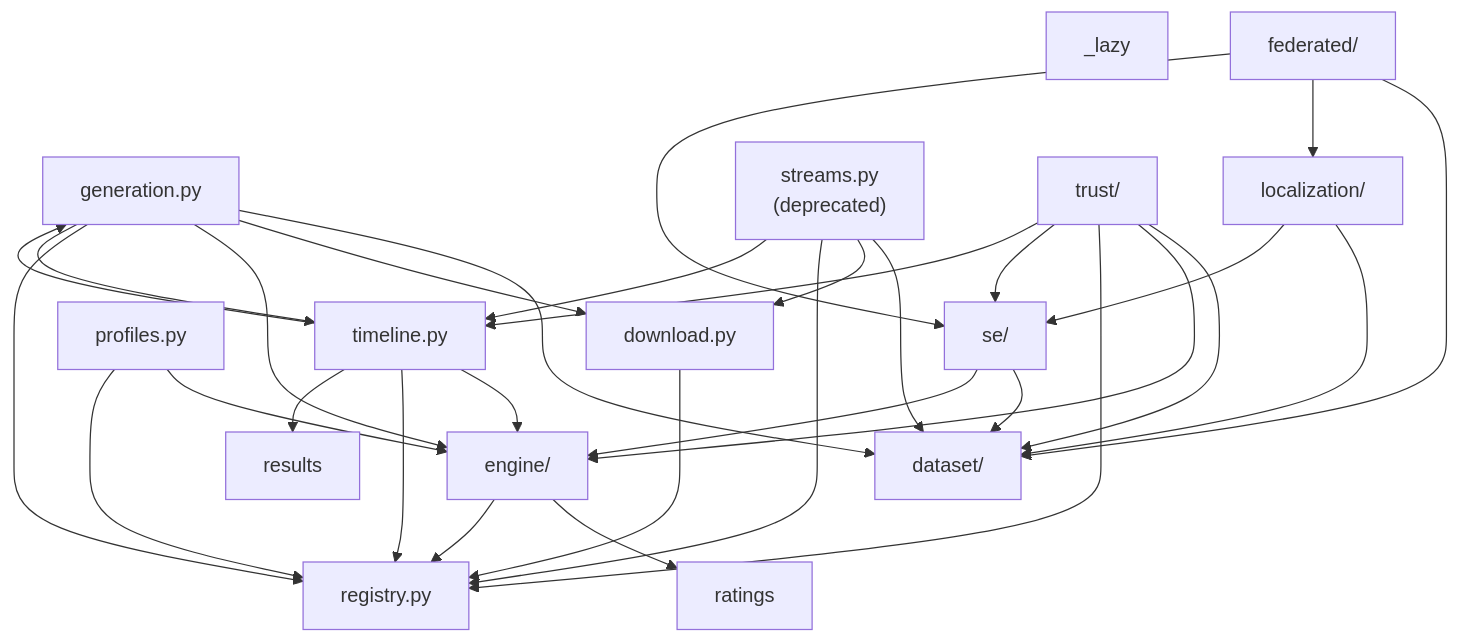
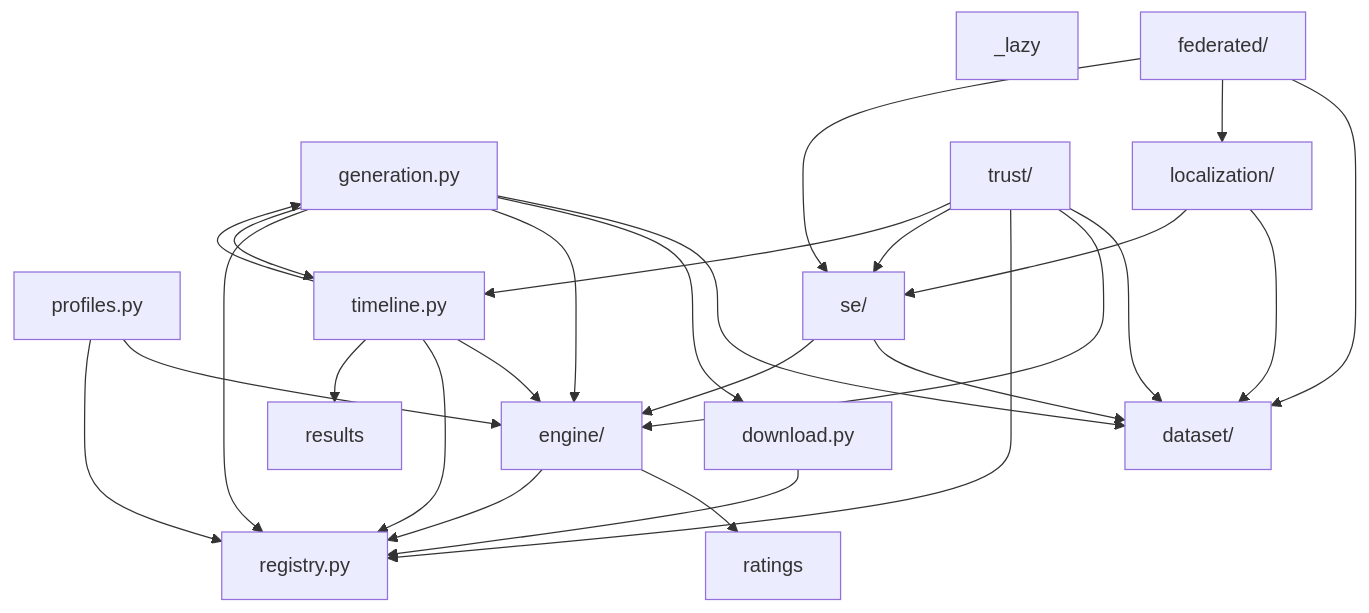
One commit to myersben9/fdia-graph changed the diagram in docs/figures/diagrams/modules.mmd. Above: the diagram before and after it, drawn with Mermaid. The commit also changed 82 other files, not shown here.

First line of the commit message:
Deprecated logic leaves main: record shards, streams, dict settings, old load_profile keywords, edge_reactance, operator.response (#233)

```diff
--- a/docs/figures/diagrams/modules.mmd
+++ b/docs/figures/diagrams/modules.mmd
@@ -1,46 +1,41 @@
 flowchart TB
     _lazy["_lazy"]
     dataset["dataset/"]
     download["download.py"]
     engine["engine/"]
     federated["federated/"]
     generation["generation.py"]
     localization["localization/"]
     profiles["profiles.py"]
     ratings["ratings"]
     registry["registry.py"]
     results["results"]
     se["se/"]
-    streams["streams.py<br/>(deprecated)"]
     timeline["timeline.py"]
     trust["trust/"]
     download --> registry
     engine --> ratings
     engine --> registry
     federated --> dataset
     federated --> localization
     federated --> se
     generation --> dataset
     generation --> download
     generation --> engine
     generation --> registry
     generation --> timeline
     localization --> dataset
     localization --> se
     profiles --> engine
     profiles --> registry
     se --> dataset
     se --> engine
-    streams --> dataset
-    streams --> download
-    streams --> registry
-    streams --> timeline
     timeline --> engine
     timeline --> generation
     timeline --> registry
     timeline --> results
     trust --> dataset
     trust --> engine
     trust --> registry
     trust --> se
     trust --> timeline
```
